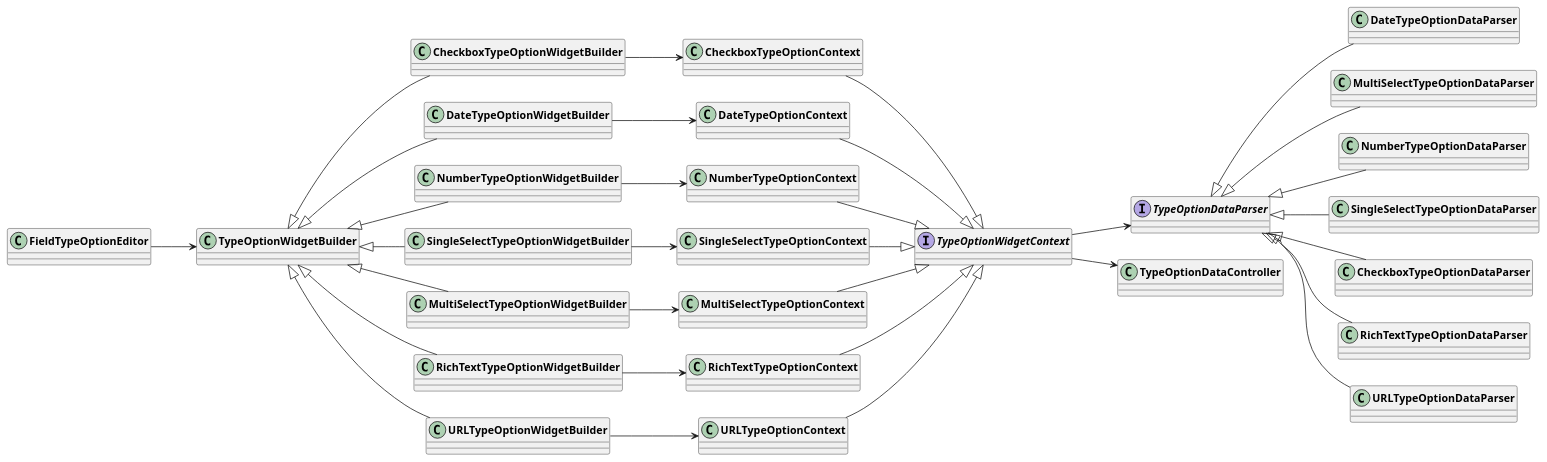
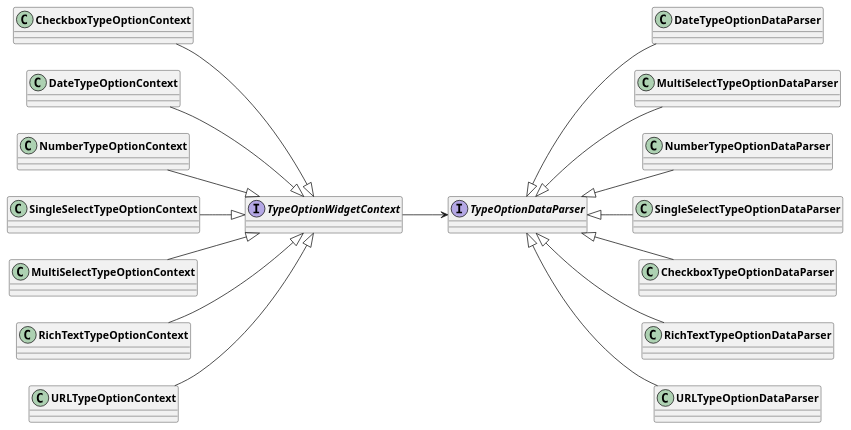
One commit to AppFlowy-IO/AppFlowy-Docs changed the fourth of 4 diagrams in uml/dart_classes/grid_field.plantuml. Above: the diagram before and after it, drawn with PlantUML. The commit also changed other lines of this file and 5 other files, not shown here.

Commit message:
chore: add more diagrams

```diff
--- a/uml/dart_classes/grid_field.plantuml
+++ b/uml/dart_classes/grid_field.plantuml
@@ -47,51 +67,35 @@
-@startuml Field Type Option Editor Detail
+@startuml Field Type Option Editor Data Parser
 skinparam classFontStyle Bold
 skinparam ActivityBackgroundColor Silver
 skinparam ActivityBorderColor DimGray
 left to right direction
 
 interface TypeOptionWidgetContext
 interface TypeOptionDataParser
 
-TypeOptionWidgetContext --> TypeOptionDataController
 
 'type option builder
-FieldTypeOptionEditor --> TypeOptionWidgetBuilder
-CheckboxTypeOptionWidgetBuilder -u-|> TypeOptionWidgetBuilder
-CheckboxTypeOptionWidgetBuilder --> CheckboxTypeOptionContext
 CheckboxTypeOptionContext --|> TypeOptionWidgetContext
 
-DateTypeOptionWidgetBuilder -u-|> TypeOptionWidgetBuilder
-DateTypeOptionWidgetBuilder --> DateTypeOptionContext
 DateTypeOptionContext --|> TypeOptionWidgetContext
 
-NumberTypeOptionWidgetBuilder -u-|> TypeOptionWidgetBuilder
-NumberTypeOptionWidgetBuilder --> NumberTypeOptionContext
 NumberTypeOptionContext --|> TypeOptionWidgetContext
 
-SingleSelectTypeOptionWidgetBuilder -u-|> TypeOptionWidgetBuilder
-SingleSelectTypeOptionWidgetBuilder --> SingleSelectTypeOptionContext
 SingleSelectTypeOptionContext --|> TypeOptionWidgetContext
 
-MultiSelectTypeOptionWidgetBuilder -u-|> TypeOptionWidgetBuilder
-MultiSelectTypeOptionWidgetBuilder --> MultiSelectTypeOptionContext
 MultiSelectTypeOptionContext --|> TypeOptionWidgetContext
 
 
-RichTextTypeOptionWidgetBuilder -u-|> TypeOptionWidgetBuilder
-RichTextTypeOptionWidgetBuilder --> RichTextTypeOptionContext
 RichTextTypeOptionContext --|> TypeOptionWidgetContext
 
-URLTypeOptionWidgetBuilder -u-|> TypeOptionWidgetBuilder
-URLTypeOptionWidgetBuilder -->URLTypeOptionContext
 URLTypeOptionContext --|> TypeOptionWidgetContext
 
 TypeOptionWidgetContext --> TypeOptionDataParser
 DateTypeOptionDataParser -u-|> TypeOptionDataParser
 MultiSelectTypeOptionDataParser -u-|> TypeOptionDataParser
 NumberTypeOptionDataParser -u-|> TypeOptionDataParser
 SingleSelectTypeOptionDataParser -u-|> TypeOptionDataParser
 CheckboxTypeOptionDataParser -u-|> TypeOptionDataParser
 RichTextTypeOptionDataParser -u-|> TypeOptionDataParser
 URLTypeOptionDataParser -u-|> TypeOptionDataParser
 @enduml
```
